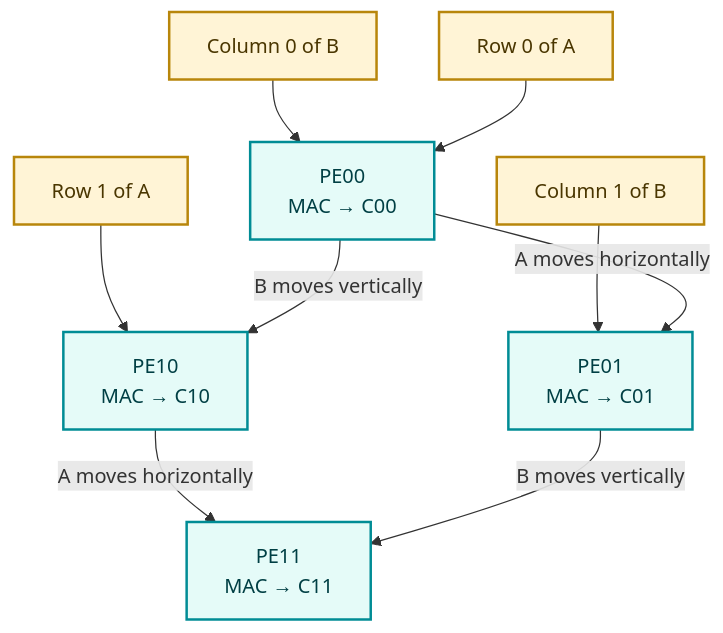
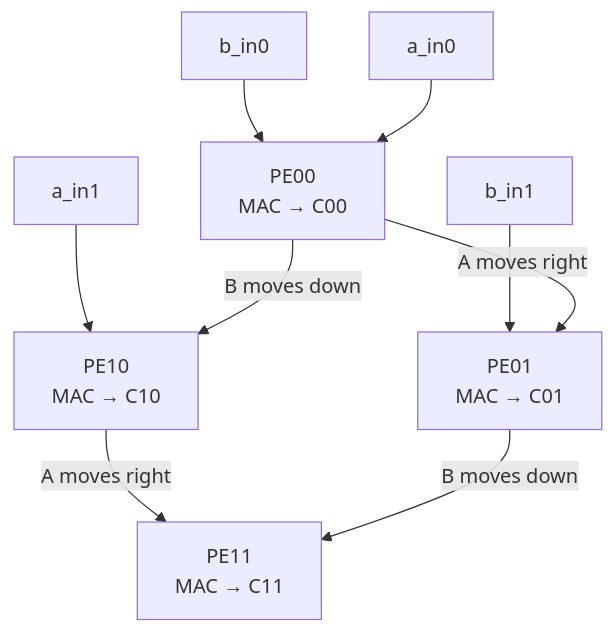
Before and after one commit to minhloc203/matrix_mutiplier_2x2: the first of 2 diagrams in README.md, drawn with Mermaid. The commit also changed other lines of this file, not shown here.

````diff
--- a/README.md
+++ b/README.md
@@ -274,19 +170,14 @@
 ```mermaid
 flowchart TB
-    B0["Column 0 of B"] --> PE00
-    B1["Column 1 of B"] --> PE01
+    B0["b_in0"] --> PE00
+    B1["b_in1"] --> PE01
 
-    A0["Row 0 of A"] --> PE00["PE00<br/>MAC → C00"]
-    PE00 -->|A moves horizontally| PE01["PE01<br/>MAC → C01"]
+    A0["a_in0"] --> PE00["PE00<br/>MAC → C00"]
+    PE00 -->|A moves right| PE01["PE01<br/>MAC → C01"]
 
-    A1["Row 1 of A"] --> PE10["PE10<br/>MAC → C10"]
-    PE10 -->|A moves horizontally| PE11["PE11<br/>MAC → C11"]
+    A1["a_in1"] --> PE10["PE10<br/>MAC → C10"]
+    PE10 -->|A moves right| PE11["PE11<br/>MAC → C11"]
 
-    PE00 -->|B moves vertically| PE10
-    PE01 -->|B moves vertically| PE11
-
-    classDef input fill:#FFF4D6,stroke:#B8860B,stroke-width:2px,color:#4A3600;
-    classDef pe fill:#E5FBF8,stroke:#008C95,stroke-width:2px,color:#003F44;
-    class A0,A1,B0,B1 input;
-    class PE00,PE01,PE10,PE11 pe;
+    PE00 -->|B moves down| PE10
+    PE01 -->|B moves down| PE11
 ```
````
